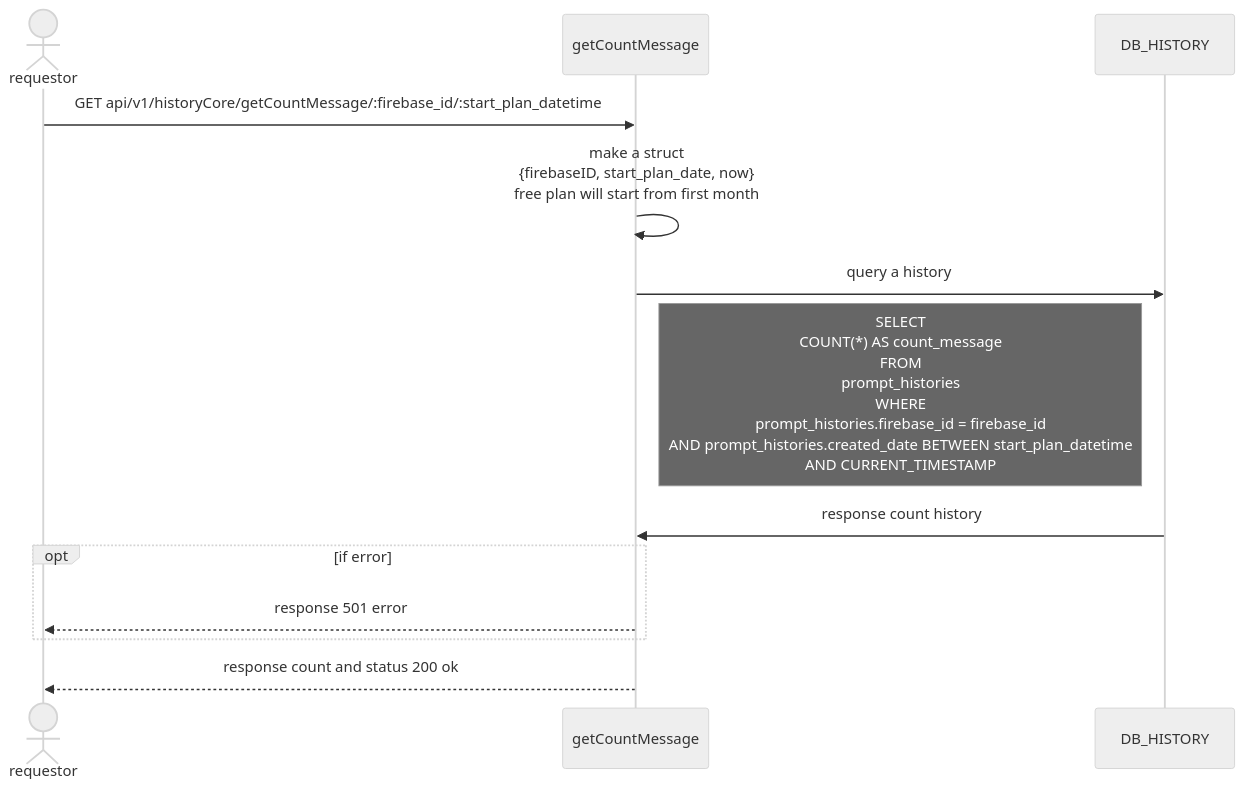
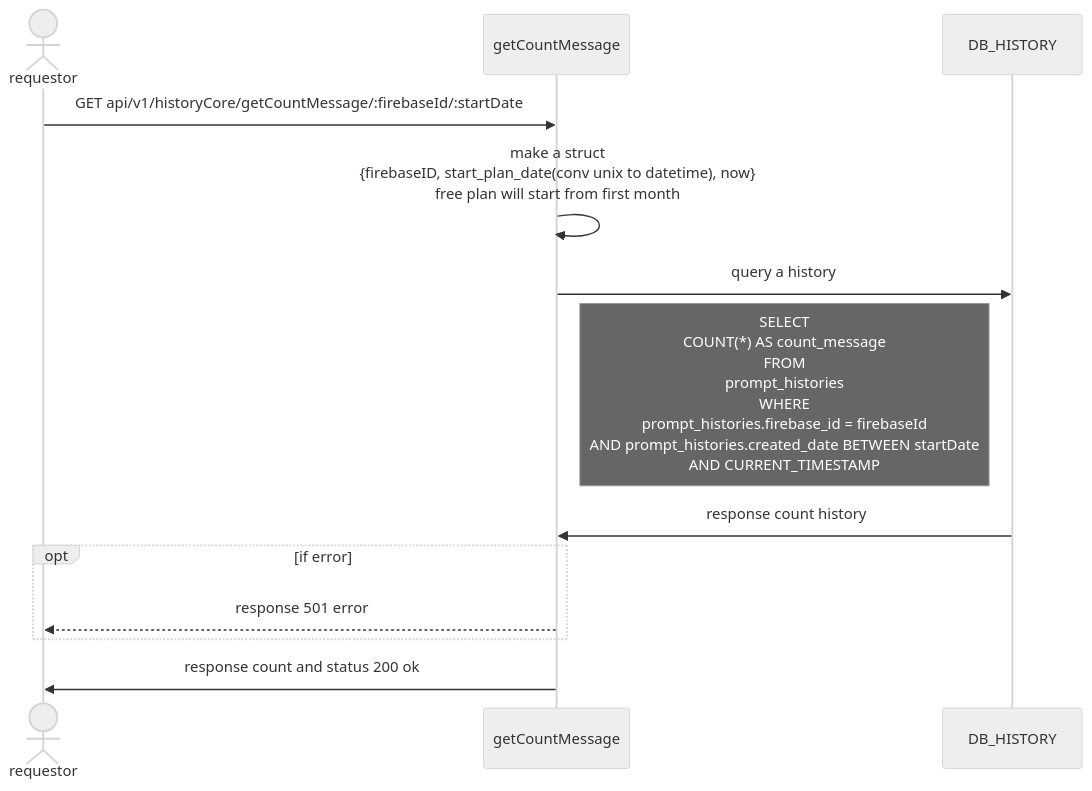
The diagram in systemFlow/core/historyCore/queryConutMessage.md (promptlabth/docs-of-all), drawn with Mermaid (neutral theme) before and after one commit. The commit also changed other lines of this file, not shown here.

Commit message:
add schema of user

````diff
--- a/systemFlow/core/historyCore/queryConutMessage.md
+++ b/systemFlow/core/historyCore/queryConutMessage.md
@@ -4,22 +4,22 @@
 ```mermaid
 sequenceDiagram
     actor req as requestor
     participant countService as getCountMessage
     participant hist as DB_HISTORY
 
-    req ->> countService: GET api/v1/historyCore/getCountMessage/:firebase_id/:start_plan_datetime
+    req ->> countService: GET api/v1/historyCore/getCountMessage/:firebaseId/:startDate
 
-    countService ->> countService: make a struct <br/> {firebaseID, start_plan_date, now} <br/>free plan will start from first month
+    countService ->> countService: make a struct <br/> {firebaseID, start_plan_date(conv unix to datetime), now} <br/>free plan will start from first month
 
     countService ->> hist: query a history
-    note right of countService: SELECT<br/>	COUNT(*) AS count_message<br/>FROM<br/>	prompt_histories<br/>WHERE<br/>	prompt_histories.firebase_id = firebase_id<br/>	AND prompt_histories.created_date BETWEEN start_plan_datetime<br/>	AND CURRENT_TIMESTAMP;
+    note right of countService: SELECT<br/>	COUNT(*) AS count_message<br/>FROM<br/>	prompt_histories<br/>WHERE<br/>	prompt_histories.firebase_id = firebaseId<br/>	AND prompt_histories.created_date BETWEEN startDate<br/>	AND CURRENT_TIMESTAMP;
 
     hist ->> countService : response count history 
 
     opt if error
     countService -->> req: response 501 error
     end
 
-     countService -->> req: response count and status 200 ok
+     countService ->> req: response count and status 200 ok
 
 ```
````
